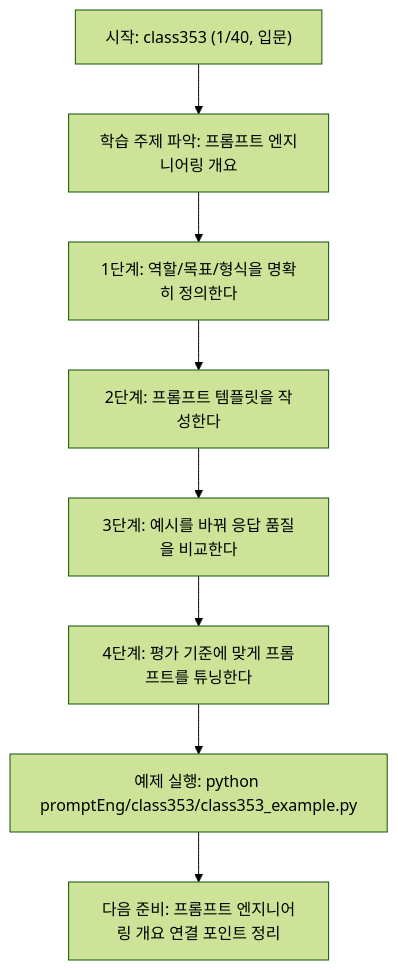
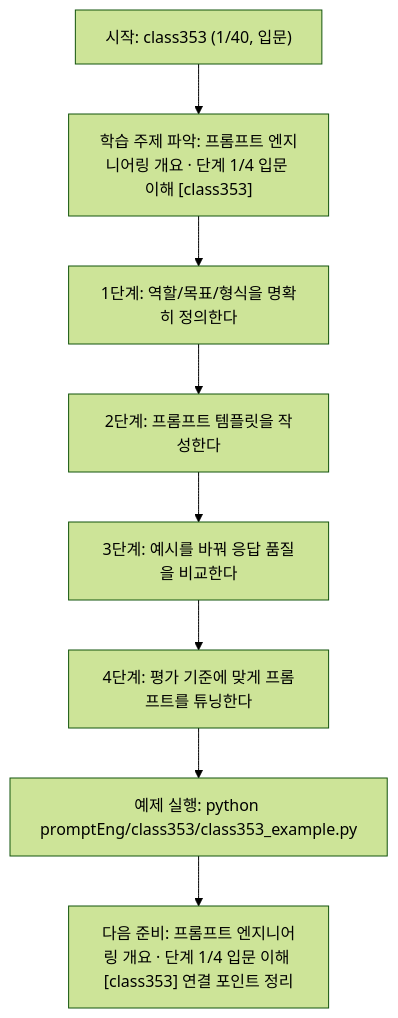
One commit to edumgt/Python-AI_Agent-Class changed the diagram in promptEng/class353/class353.md. Above: the diagram before and after it, drawn with Mermaid (forest theme). The commit also changed other lines of this file and 522 other files, not shown here.

````diff
--- a/promptEng/class353/class353.md
+++ b/promptEng/class353/class353.md
@@ -109,18 +110,18 @@
 ```mermaid
 flowchart TD
 N1["시작: class353 (1/40, 입문)"]
-N2["학습 주제 파악: 프롬프트 엔지니어링 개요"]
+N2["학습 주제 파악: 프롬프트 엔지니어링 개요 · 단계 1/4 입문 이해 [class353]"]
 N3["1단계: 역할/목표/형식을 명확히 정의한다"]
 N4["2단계: 프롬프트 템플릿을 작성한다"]
 N5["3단계: 예시를 바꿔 응답 품질을 비교한다"]
 N6["4단계: 평가 기준에 맞게 프롬프트를 튜닝한다"]
 N7["예제 실행: python promptEng/class353/class353_example.py"]
-N8["다음 준비: 프롬프트 엔지니어링 개요 연결 포인트 정리"]
+N8["다음 준비: 프롬프트 엔지니어링 개요 · 단계 1/4 입문 이해 [class353] 연결 포인트 정리"]
 N1 --> N2
 N2 --> N3
 N3 --> N4
 N4 --> N5
 N5 --> N6
 N6 --> N7
 N7 --> N8
 ```
````
